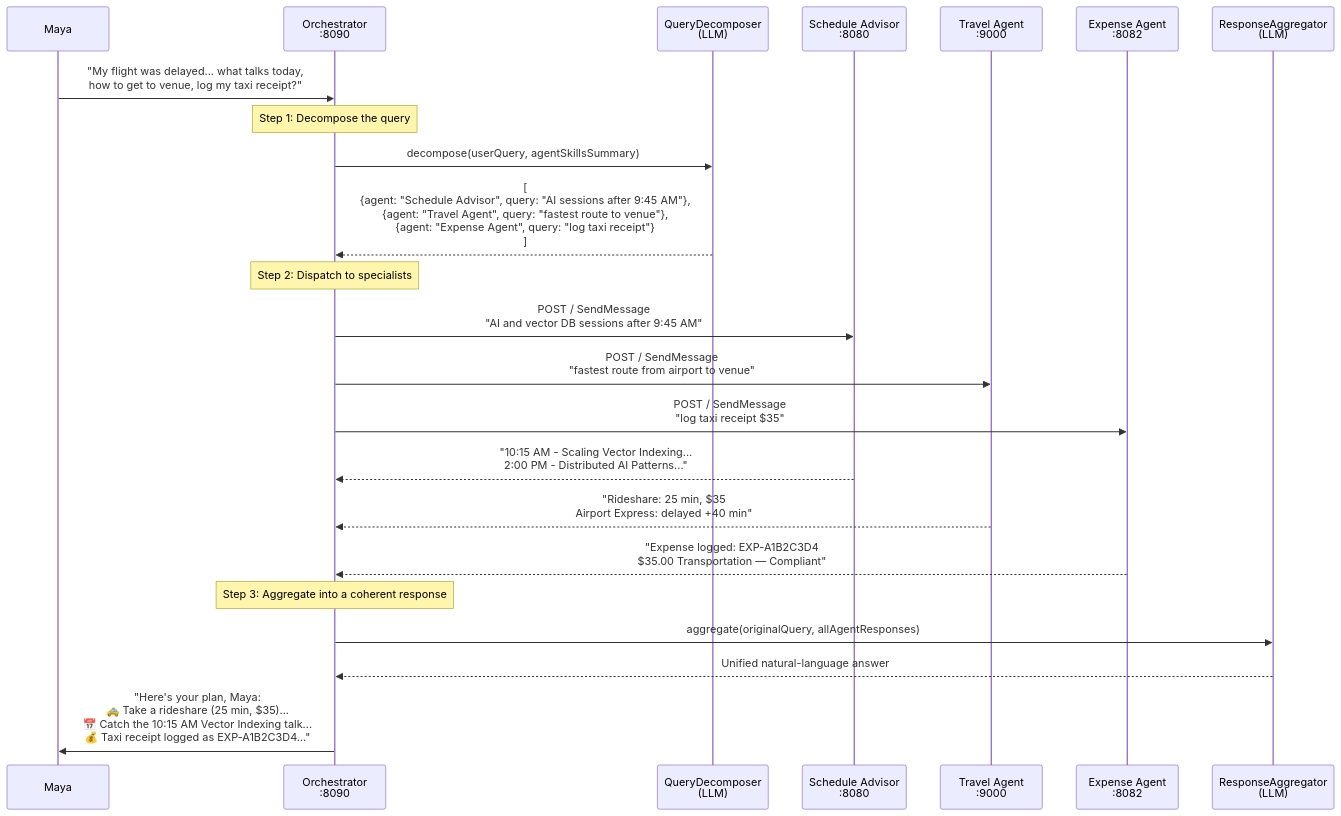
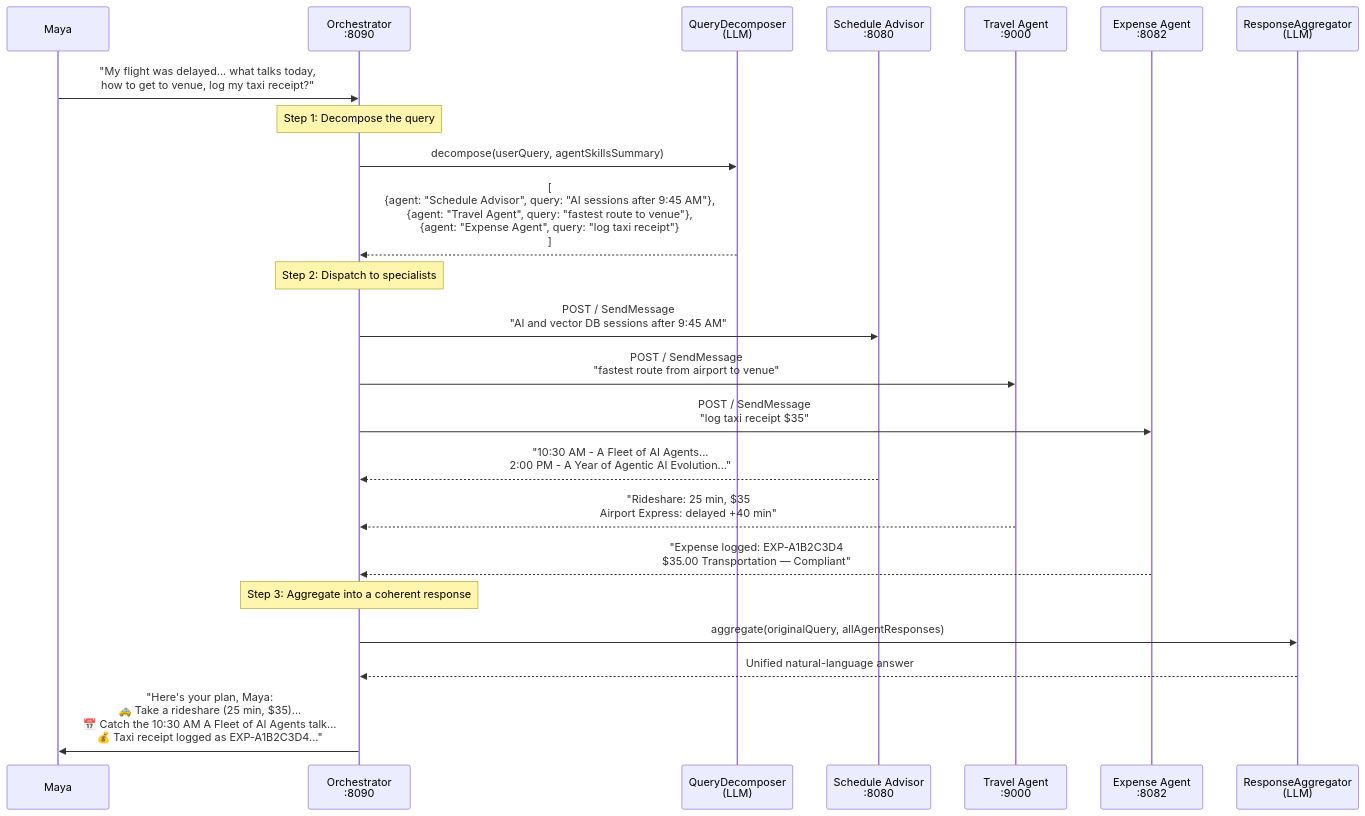
The third of 4 diagrams in README.md (ehsavoie/a2a-agent-lab-2026), drawn with Mermaid before and after one commit. The commit also changed other lines of this file and 6 other files, not shown here.

````diff
--- a/README.md
+++ b/README.md
@@ -124,31 +124,31 @@
 ```mermaid
 sequenceDiagram
     participant M as Maya
     participant O as Orchestrator<br/>:8090
     participant LLM1 as QueryDecomposer<br/>(LLM)
     participant S as Schedule Advisor<br/>:8080
     participant T as Travel Agent<br/>:9000
     participant X as Expense Agent<br/>:8082
     participant LLM2 as ResponseAggregator<br/>(LLM)
 
     M->>O: "My flight was delayed... what talks today,<br/>how to get to venue, log my taxi receipt?"
 
     Note over O: Step 1: Decompose the query
     O->>LLM1: decompose(userQuery, agentSkillsSummary)
     LLM1-->>O: [<br/>  {agent: "Schedule Advisor", query: "AI sessions after 9:45 AM"},<br/>  {agent: "Travel Agent", query: "fastest route to venue"},<br/>  {agent: "Expense Agent", query: "log taxi receipt"}<br/>]
 
     Note over O: Step 2: Dispatch to specialists
     O->>S: POST / SendMessage<br/>"AI and vector DB sessions after 9:45 AM"
     O->>T: POST / SendMessage<br/>"fastest route from airport to venue"
     O->>X: POST / SendMessage<br/>"log taxi receipt $35"
 
-    S-->>O: "10:15 AM - Scaling Vector Indexing...<br/>2:00 PM - Distributed AI Patterns..."
+    S-->>O: "10:30 AM - A Fleet of AI Agents...<br/>2:00 PM - A Year of Agentic AI Evolution..."
     T-->>O: "Rideshare: 25 min, $35<br/>Airport Express: delayed +40 min"
     X-->>O: "Expense logged: EXP-A1B2C3D4<br/>$35.00 Transportation — Compliant"
 
     Note over O: Step 3: Aggregate into a coherent response
     O->>LLM2: aggregate(originalQuery, allAgentResponses)
     LLM2-->>O: Unified natural-language answer
 
-    O->>M: "Here's your plan, Maya:<br/>🚕 Take a rideshare (25 min, $35)...<br/>📅 Catch the 10:15 AM Vector Indexing talk...<br/>💰 Taxi receipt logged as EXP-A1B2C3D4..."
+    O->>M: "Here's your plan, Maya:<br/>🚕 Take a rideshare (25 min, $35)...<br/>📅 Catch the 10:30 AM A Fleet of AI Agents talk...<br/>💰 Taxi receipt logged as EXP-A1B2C3D4..."
 ```
````
